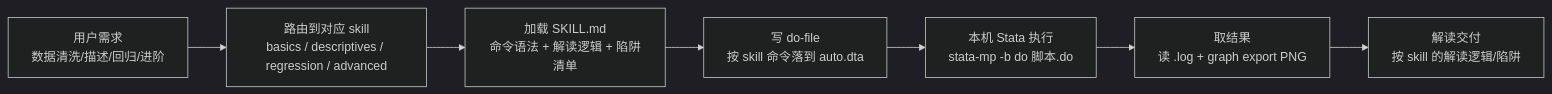
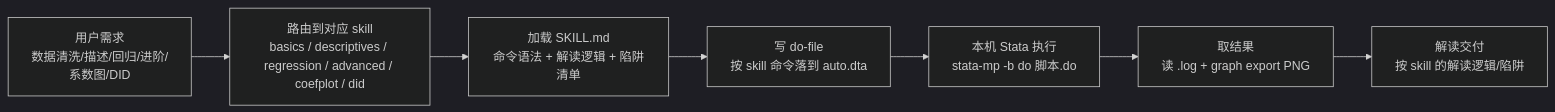
Before and after one commit to jefeerzhang/stataskills: the diagram in demo/REPORT.md, drawn with Mermaid (dark theme). The commit also changed other lines of this file, not shown here.

First line of the commit message:
docs(demo): REPORT.md 同步 6 个 skill / 7 个 do-file / 27 张 PNG

````diff
--- a/demo/REPORT.md
+++ b/demo/REPORT.md
@@ -55,9 +55,9 @@
 ```mermaid
 flowchart LR
-    A["用户需求<br/>数据清洗/描述/回归/进阶"] --> B["路由到对应 skill<br/>basics / descriptives / regression / advanced"]
+    A["用户需求<br/>数据清洗/描述/回归/进阶/<br/>系数图/DID"] --> B["路由到对应 skill<br/>basics / descriptives / regression / advanced / coefplot / did"]
     B --> C["加载 SKILL.md<br/>命令语法 + 解读逻辑 + 陷阱清单"]
     C --> D["写 do-file<br/>按 skill 命令落到 auto.dta"]
     D --> E["本机 Stata 执行<br/>stata-mp -b do 脚本.do"]
     E --> F["取结果<br/>读 .log + graph export PNG"]
     F --> G["解读交付<br/>按 skill 的解读逻辑/陷阱"]
 ```
````
